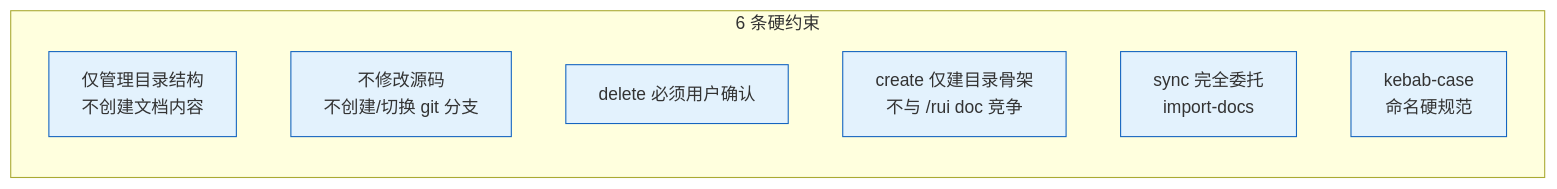
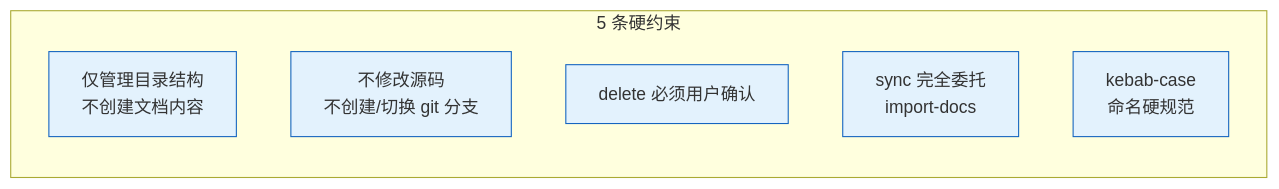
One commit to effiy/YrY changed the tenth of 12 diagrams in skills/rui-story/SKILL.md. Above: the diagram before and after it, drawn with Mermaid. The commit also changed other lines of this file and 6 other files, not shown here.

````diff
--- a/skills/rui-story/SKILL.md
+++ b/skills/rui-story/SKILL.md
@@ -284,13 +260,12 @@
 ```mermaid
 flowchart LR
-    subgraph 规则["6 条硬约束"]
+    subgraph 规则["5 条硬约束"]
         R1["仅管理目录结构<br/>不创建文档内容"]:::rule
         R2["不修改源码<br/>不创建/切换 git 分支"]:::rule
         R3["delete 必须用户确认"]:::rule
-        R4["create 仅建目录骨架<br/>不与 /rui doc 竞争"]:::rule
-        R5["sync 完全委托<br/>import-docs"]:::rule
-        R6["kebab-case<br/>命名硬规范"]:::rule
+        R4["sync 完全委托<br/>import-docs"]:::rule
+        R5["kebab-case<br/>命名硬规范"]:::rule
     end
 
     classDef rule fill:#e3f2fd,stroke:#1565c0;
 ```
````
